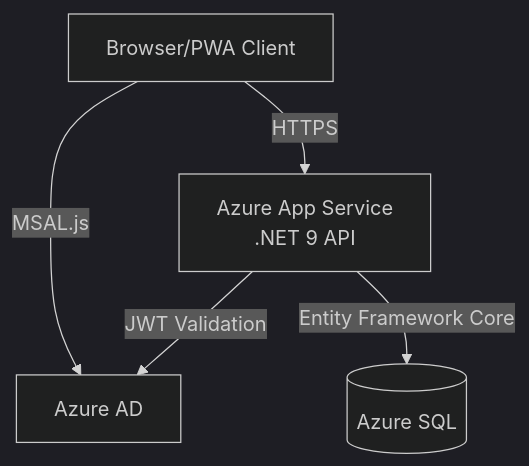
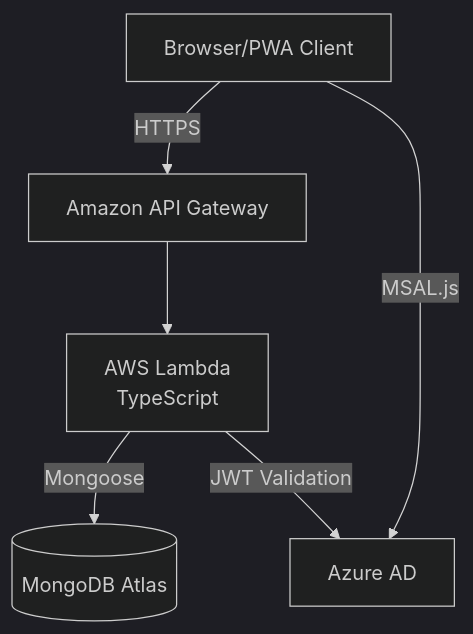
One commit to nuwank-swivel/swivel-portal changed the diagram in docs/architecture/00-overview.md. Above: the diagram before and after it, drawn with Mermaid (dark theme). The commit also changed other lines of this file and 15 other files, not shown here.

````diff
--- a/docs/architecture/00-overview.md
+++ b/docs/architecture/00-overview.md
@@ -16,7 +16,8 @@
 ```mermaid
 graph TD
-    Client[Browser/PWA Client] -->|HTTPS| API[Azure App Service<br/>.NET 9 API]
-    API -->|JWT Validation| Auth[Azure AD]
-    API -->|Entity Framework Core| DB[(Azure SQL)]
+    Client[Browser/PWA Client] -->|HTTPS| APIGateway[Amazon API Gateway]
+    APIGateway --> Lambda[AWS Lambda<br/>TypeScript]
+    Lambda -->|Mongoose| DB[(MongoDB Atlas)]
+    Lambda -->|JWT Validation| Auth[Azure AD]
     Client -->|MSAL.js| Auth
 ```
````
